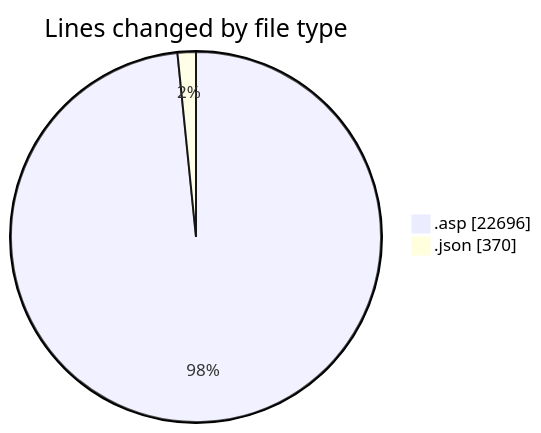
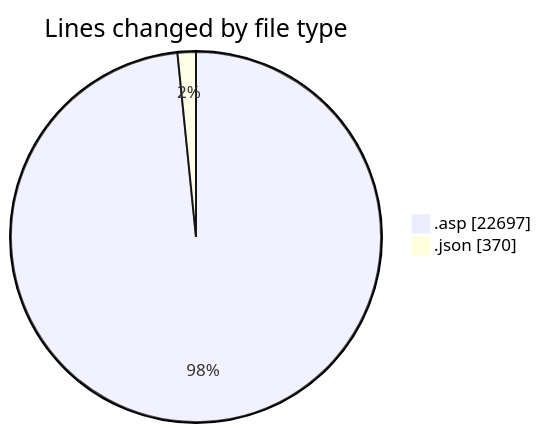
The first of 2 diagrams in 2025-11-01/cdp_aleoudev_fr__workspace_/README.md (julien-gomy/code-tracking), drawn with Mermaid before and after one commit. The commit also changed other lines of this file and 1 other file, not shown here.

````diff
--- a/2025-11-01/cdp_aleoudev_fr__workspace_/README.md
+++ b/2025-11-01/cdp_aleoudev_fr__workspace_/README.md
@@ -29,6 +29,6 @@
 ```mermaid
 pie showData
 title Lines changed by file type
-".asp" : 22696
+".asp" : 22697
 ".json" : 370
 ```
````
